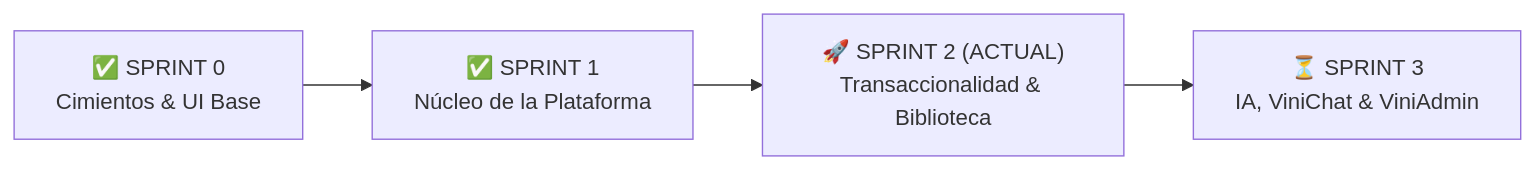
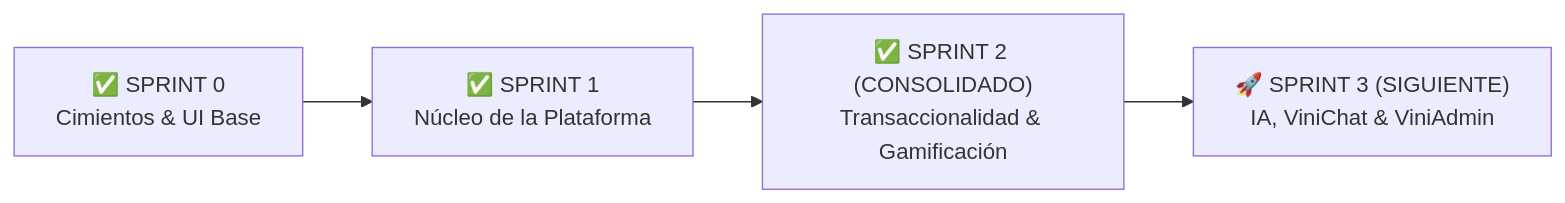
The first of 2 diagrams in README.md (sergiam071105-ai/Vini-Games), drawn with Mermaid before and after one commit. The commit also changed other lines of this file, not shown here.

Commit message:
docs: actualizar README y grafos de arquitectura y estado para el Sprint 2

````diff
--- a/README.md
+++ b/README.md
@@ -12,4 +12,4 @@
 ```mermaid
 flowchart LR
-    S0["✅ SPRINT 0\nCimientos & UI Base"] --> S1["✅ SPRINT 1\nNúcleo de la Plataforma"] --> S2["🚀 SPRINT 2 (ACTUAL)\nTransaccionalidad & Biblioteca"] --> S3["⏳ SPRINT 3\nIA, ViniChat & ViniAdmin"]
+    S0["✅ SPRINT 0\nCimientos & UI Base"] --> S1["✅ SPRINT 1\nNúcleo de la Plataforma"] --> S2["✅ SPRINT 2 (CONSOLIDADO)\nTransaccionalidad & Gamificación"] --> S3["🚀 SPRINT 3 (SIGUIENTE)\nIA, ViniChat & ViniAdmin"]
 ```
````
